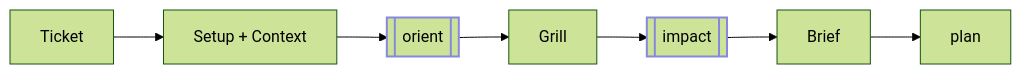
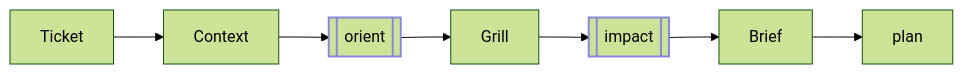
Before and after one commit to chightow/canon-skills: the first of 2 diagrams in README.md, drawn with Mermaid (forest theme).

Commit message:
docs: shorten Setup + Context node to fit diagram width

````diff
--- a/README.md
+++ b/README.md
@@ -74,6 +74,6 @@
 ```mermaid
 flowchart LR
-    S1[Ticket] --> S2[Setup + Context] --> S4[[orient]] --> S5[Grill] --> S6[[impact]] --> S7[Brief] --> S9[plan]
+    S1[Ticket] --> S2[Context] --> S4[[orient]] --> S5[Grill] --> S6[[impact]] --> S7[Brief] --> S9[plan]
     classDef subskill stroke:#8888dd,stroke-width:2px
     class S4,S6 subskill
 ```
````
